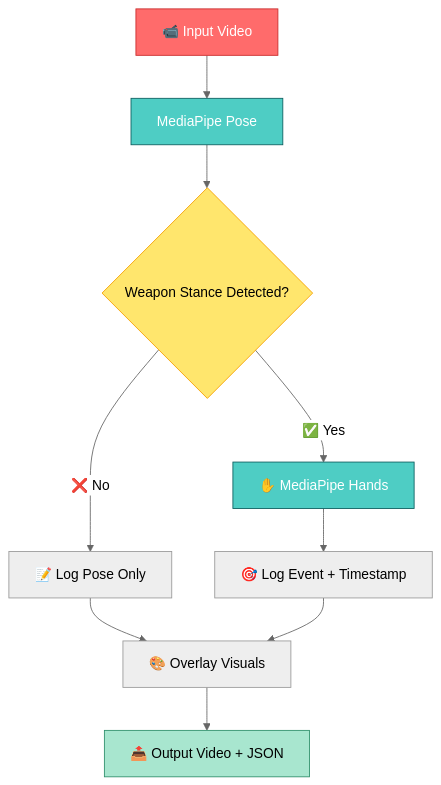
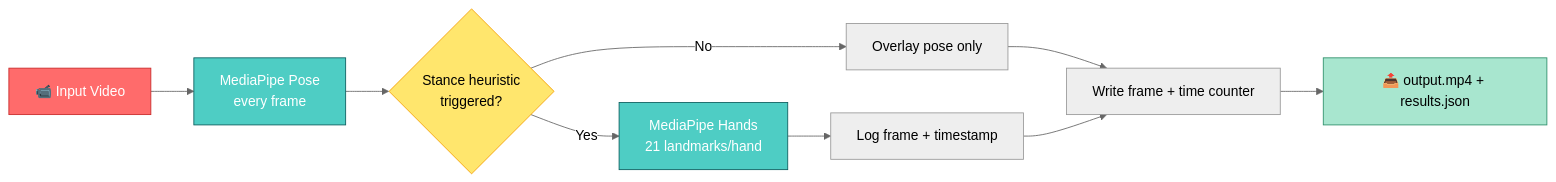
Before and after one commit to TalhaAlvi1/MotionNet-AI: the diagram in README.md, drawn with Mermaid (neutral theme). The commit also changed other lines of this file, not shown here.

First line of the commit message:
Revise README for MotionNet Video Analyzer

````diff
--- a/README.md
+++ b/README.md
@@ -28,17 +23,17 @@
 ```mermaid
-flowchart TD
-    A[📹 Input Video] --> B[MediaPipe Pose]
-    B --> C{Weapon Stance Detected?}
-    C -->|❌ No| D[📝 Log Pose Only]
-    C -->|✅ Yes| E[✋ MediaPipe Hands]
-    E --> F[🎯 Log Event + Timestamp]
-    D --> G[🎨 Overlay Visuals]
+flowchart LR
+    A[📹 Input Video] --> B[MediaPipe Pose<br/>every frame]
+    B --> C{Stance heuristic<br/>triggered?}
+    C -- No --> D[Overlay pose only]
+    C -- Yes --> E[MediaPipe Hands<br/>21 landmarks/hand]
+    E --> F[Log frame + timestamp]
+    D --> G[Write frame + time counter]
     F --> G
-    G --> H[📤 Output Video + JSON]
-    
+    G --> H[📤 output.mp4 + results.json]
+
     style A fill:#ff6b6b,stroke:#c92a2a,color:#fff
     style B fill:#4ecdc4,stroke:#0b5e5e,color:#fff
     style C fill:#ffe66d,stroke:#f59f00,color:#000
     style E fill:#4ecdc4,stroke:#0b5e5e,color:#fff
     style H fill:#a8e6cf,stroke:#2d8f6a,color:#000
 ```
````
